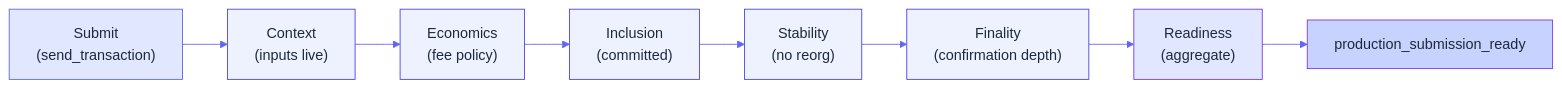
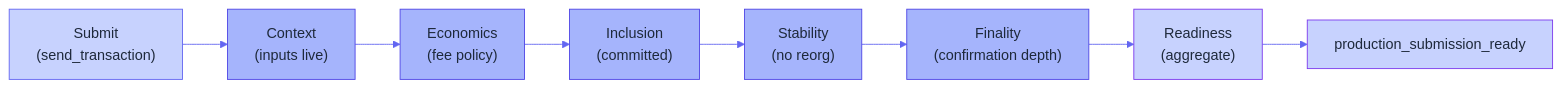
Before and after one commit to Myelin-Labs/Myelin: the first of 2 diagrams in docs/interactions/submission-flow.md, drawn with Mermaid. The commit also changed other lines of this file and 31 other files, not shown here.

````diff
--- a/docs/interactions/submission-flow.md
+++ b/docs/interactions/submission-flow.md
@@ -24,29 +24,29 @@
 ```mermaid
 %%{init: {
   "theme": "base",
   "themeVariables": {
-    "primaryColor": "#EEF2FF",
+    "primaryColor": "#A5B4FC",
     "primaryTextColor": "#1E293B",
     "primaryBorderColor": "#4F46E5",
     "lineColor": "#6366F1",
-    "secondaryColor": "#E0E7FF",
+    "secondaryColor": "#C7D2FE",
     "tertiaryColor": "#C7D2FE"
   }
 }}%%
 flowchart LR
     A["Submit<br/>(send_transaction)"]:::in
     B["Context<br/>(inputs live)"]:::step
     C["Economics<br/>(fee policy)"]:::step
     D["Inclusion<br/>(committed)"]:::step
     E["Stability<br/>(no reorg)"]:::step
     F["Finality<br/>(confirmation depth)"]:::step
     G["Readiness<br/>(aggregate)"]:::out
 
     A --> B --> C --> D --> E --> F --> G
     G --> H["production_submission_ready"]:::verdict
 
-    classDef in      fill:#E0E7FF,stroke:#6366F1,color:#1E293B;
-    classDef step    fill:#EEF2FF,stroke:#4F46E5,color:#1E293B;
-    classDef out     fill:#E0E7FF,stroke:#7C3AED,color:#1E293B;
+    classDef in      fill:#C7D2FE,stroke:#6366F1,color:#1E293B;
+    classDef step    fill:#A5B4FC,stroke:#4F46E5,color:#1E293B;
+    classDef out     fill:#C7D2FE,stroke:#7C3AED,color:#1E293B;
     classDef verdict fill:#C7D2FE,stroke:#7C3AED,color:#1E293B;
 ```
````
